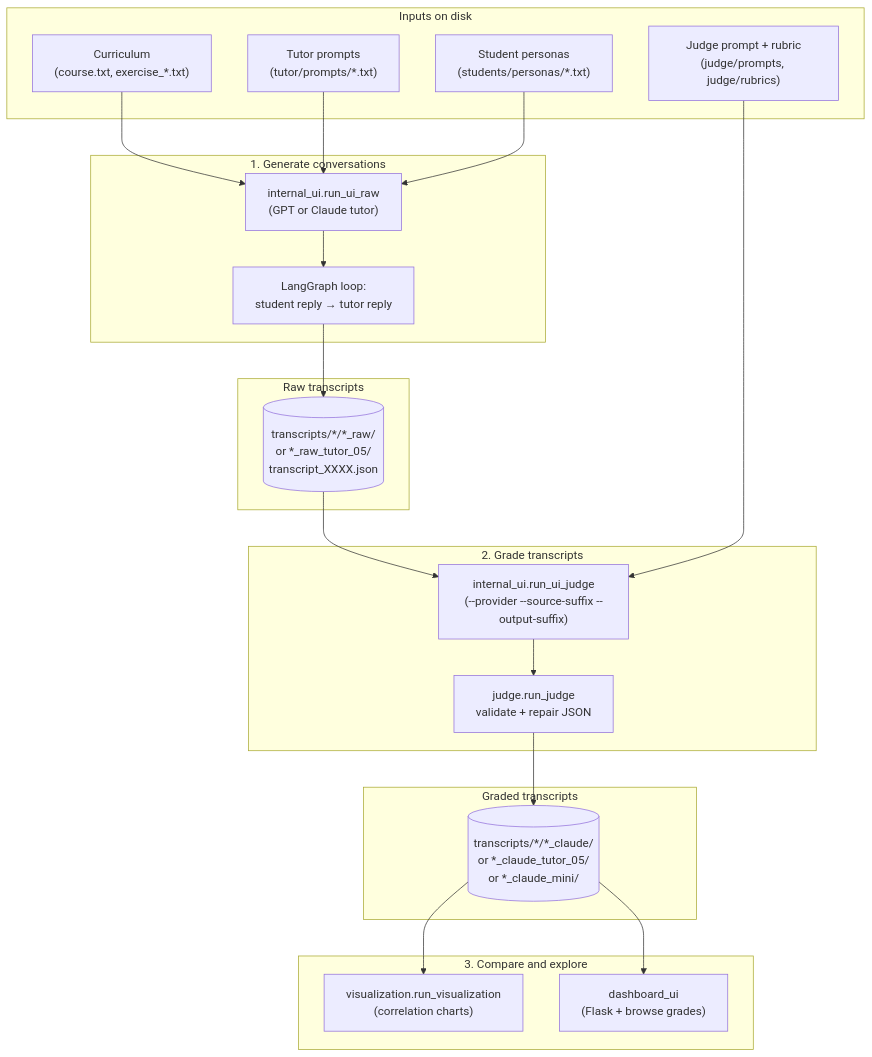
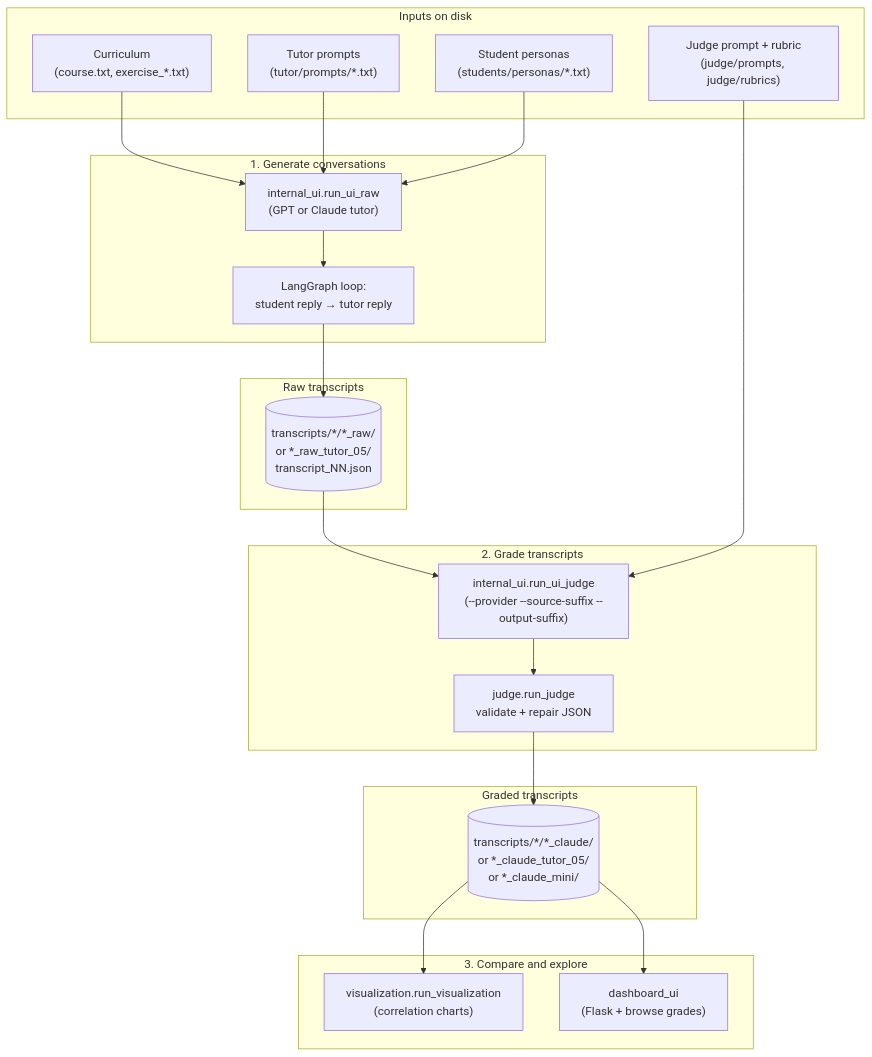
Before and after one commit to bonbon-on-fire/asktim_llm_tutor_project_2026: the diagram in README.md, drawn with Mermaid. The commit also changed other lines of this file and 93 other files, not shown here.

````diff
--- a/README.md
+++ b/README.md
@@ -75,42 +75,42 @@
 ```mermaid
 flowchart TD
     subgraph inputs["Inputs on disk"]
         CUR["Curriculum\n(course.txt, exercise_*.txt)"]
         TUT["Tutor prompts\n(tutor/prompts/*.txt)"]
         PER["Student personas\n(students/personas/*.txt)"]
         JR["Judge prompt + rubric\n(judge/prompts, judge/rubrics)"]
     end
 
     subgraph gen["1. Generate conversations"]
         UIRAW["internal_ui.run_ui_raw\n(GPT or Claude tutor)"]
         LOOP["LangGraph loop:\nstudent reply → tutor reply"]
     end
 
     subgraph rawstore["Raw transcripts"]
-        RAWF[("transcripts/*/*_raw/\nor *_raw_tutor_05/\ntranscript_XXXX.json")]
+        RAWF[("transcripts/*/*_raw/\nor *_raw_tutor_05/\ntranscript_NN.json")]
     end
 
     subgraph judge["2. Grade transcripts"]
         UIJ["internal_ui.run_ui_judge\n(--provider --source-suffix --output-suffix)"]
         JG["judge.run_judge\nvalidate + repair JSON"]
     end
 
     subgraph gradedstore["Graded transcripts"]
         GF[("transcripts/*/*_claude/\nor *_claude_tutor_05/\nor *_claude_mini/")]
     end
 
     subgraph view["3. Compare and explore"]
         VIZ["visualization.run_visualization\n(correlation charts)"]
         DASH["dashboard_ui\n(Flask + browse grades)"]
     end
 
     CUR --> UIRAW
     TUT --> UIRAW
     PER --> UIRAW
     UIRAW --> LOOP --> RAWF
     RAWF --> UIJ
     JR --> UIJ
     UIJ --> JG --> GF
     GF --> VIZ
     GF --> DASH
 ```
````
